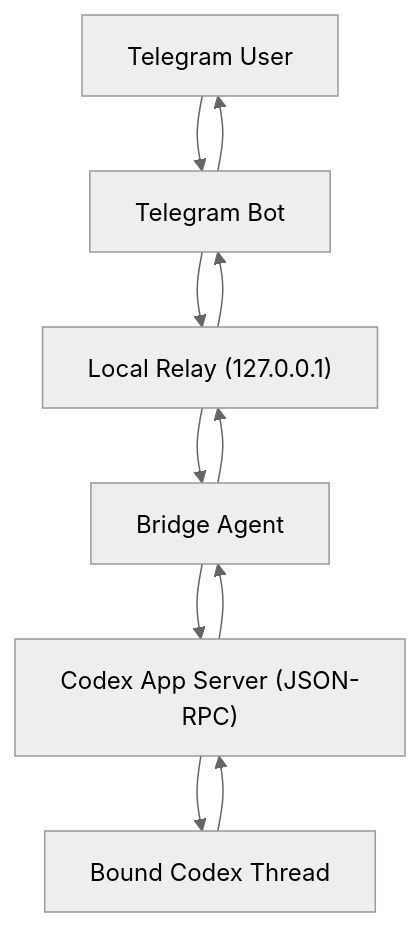
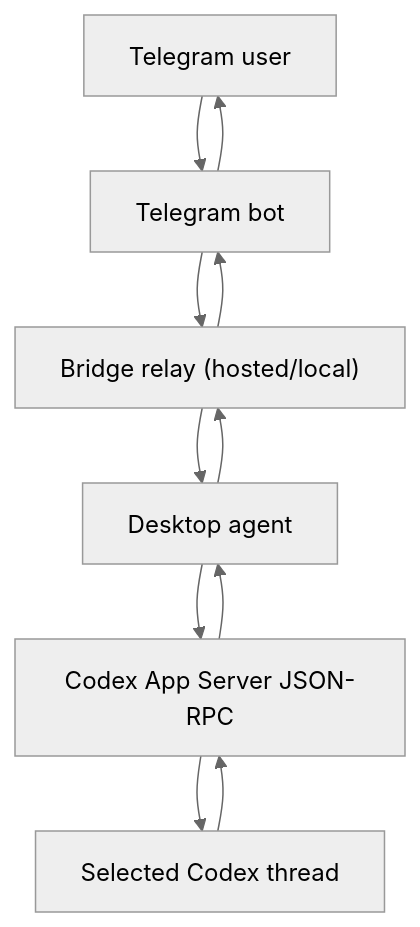
Before and after one commit to tonyHu08/CodeX_Telegram: the second of 2 diagrams in README.md, drawn with Mermaid (neutral theme). The commit also changed other lines of this file and 21 other files, not shown here.

````diff
--- a/README.md
+++ b/README.md
@@ -45,9 +64,9 @@
 ```mermaid
 flowchart TB
-    TG["Telegram User"] --> BOT["Telegram Bot"]
-    BOT --> RELAY["Local Relay (127.0.0.1)"]
-    RELAY --> AGENT["Bridge Agent"]
-    AGENT --> APP["Codex App Server (JSON-RPC)"]
-    APP --> THREAD["Bound Codex Thread"]
-    THREAD --> APP --> AGENT --> RELAY --> BOT --> TG
+    U["Telegram user"] --> T["Telegram bot"]
+    T --> R["Bridge relay (hosted/local)"]
+    R --> A["Desktop agent"]
+    A --> C["Codex App Server JSON-RPC"]
+    C --> TH["Selected Codex thread"]
+    TH --> C --> A --> R --> T --> U
 ```
````
